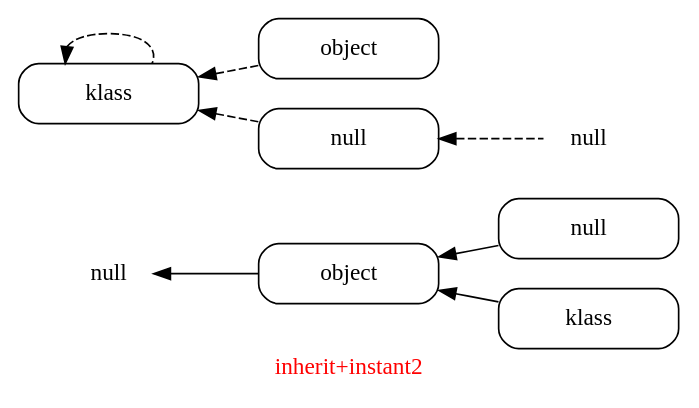
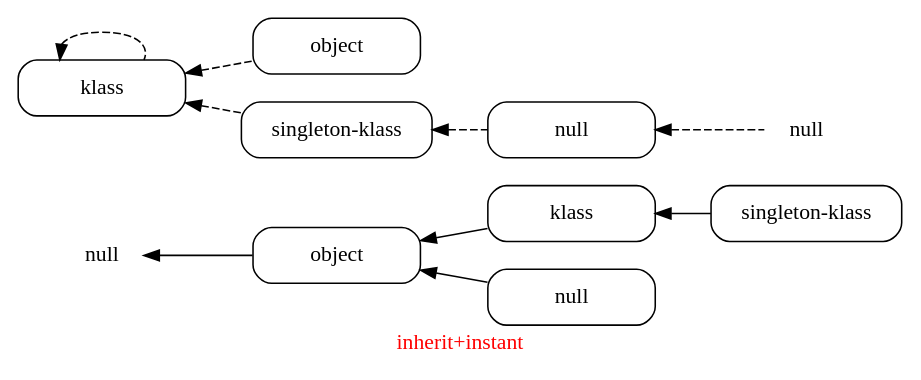
Before and after one commit to Ayyzee/dakota: the diagram in doc/inherit+instant.dot, drawn with Graphviz. The commit also changed 4 other files, not shown here.

Commit message:
Improved error reporting on attempts to write klass pointers and named instances (null, std-{input,output,error}).

```diff
--- a/doc/inherit+instant.dot
+++ b/doc/inherit+instant.dot
@@ -1,41 +1,55 @@
 // Copyright (C) 2007, 2008, 2009 Robert Nielsen <robert@dakota.org>
 //
 // Licensed under the Apache License, Version 2.0 (the "License");
 // you may not use this file except in compliance with the License.
 // You may obtain a copy of the License at
 //
 //      http://www.apache.org/licenses/LICENSE-2.0
 //
 // Unless required by applicable law or agreed to in writing, software
 // distributed under the License is distributed on an "AS IS" BASIS,
 // WITHOUT WARRANTIES OR CONDITIONS OF ANY KIND, either express or implied.
 // See the License for the specific language governing permissions and
 // limitations under the License.
 
-digraph "inherit+instant2"
+digraph "inherit+instant"
 {
   graph [ label = "\G", fontcolor = red ];
   graph [ rankdir = LR, center = true, page = "8.5,11", size = "7.5,10" ];
   edge [ dir = back ];
   node [ shape = box, style = rounded ];
   
   "null-instance1" [ label = "null", shape = plaintext ];
-  "null-instance"  [ label = "null", shape = plaintext ];
+  "null-instance2" [ label = "null", shape = plaintext ];
 
   node [ width = "1.5" ];
-  
-  "null1"           [ label = "null" ];
-  "object1"         [ label = "object" ];
-  "klass1"          [ label = "klass" ];
+
+  "klass1"           [ label = "klass" ];
+  "klass2"           [ label = "klass" ];
+  "null1"            [ label = "null" ];
+  "null2"            [ label = "null" ];
+  "object1"          [ label = "object" ];
+  "object2"          [ label = "object" ];
+  "singleton-klass1" [ label = "singleton-klass" ];
+  "singleton-klass2" [ label = "singleton-klass" ];
   
   edge [ style = solid ];
+  "null-instance1"  -> "object1";
   "object1"         -> "klass1";
   "object1"         -> "null1";
-  "null-instance1"  -> "object1";
+  "klass1"          -> "singleton-klass1";
 
   edge [ style = dashed ];
-  "klass"          -> "klass";
-  "klass"          -> "object";
-  "klass"          -> "null";
-  "null"           -> "null-instance";
+  "klass2"           -> "klass2";
+  "klass2"           -> "object2";
+  "klass2"           -> "singleton-klass2";
+  "null2"            -> "null-instance2";
+  "singleton-klass2" -> "null2";
 }
+// instantiation hier:
+//   klass <- klass
+//   klass <- object
+//   klass <- singleton-klass <- null-klass <- null
+// inheritence hier:
+//   null <- object <- klass <- singleton-klass
+//   null <- object <- null-klass
```
